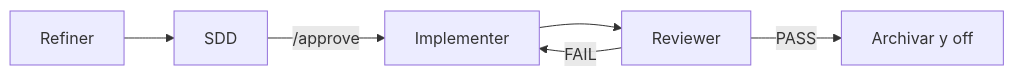
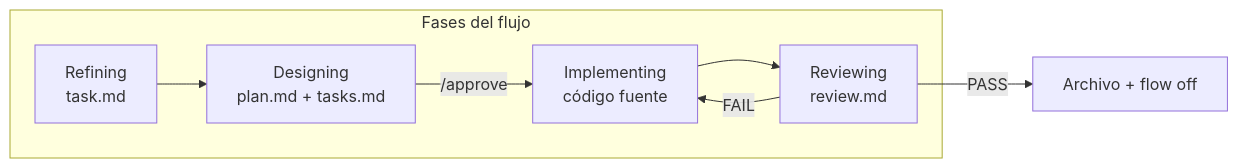
The diagram in docs/es/how-it-works.md (ceatoleii/specflow), drawn with Mermaid before and after one commit. The commit also changed other lines of this file and 14 other files, not shown here.

````diff
--- a/docs/es/how-it-works.md
+++ b/docs/es/how-it-works.md
@@ -33,8 +13,14 @@
 ```mermaid
 flowchart LR
-  A[Refiner] --> B[SDD]
-  B -->|/approve| C[Implementer]
-  C --> D[Reviewer]
-  D -->|PASS| E[Archivar y off]
-  D -->|FAIL| C
+  subgraph fases [Fases del flujo]
+    R[Refining<br/>task.md]
+    D[Designing<br/>plan.md + tasks.md]
+    I[Implementing<br/>código fuente]
+    V[Reviewing<br/>review.md]
+  end
+  R --> D
+  D -->|/approve| I
+  I --> V
+  V -->|PASS| A[Archivo + flow off]
+  V -->|FAIL| I
 ```
````
